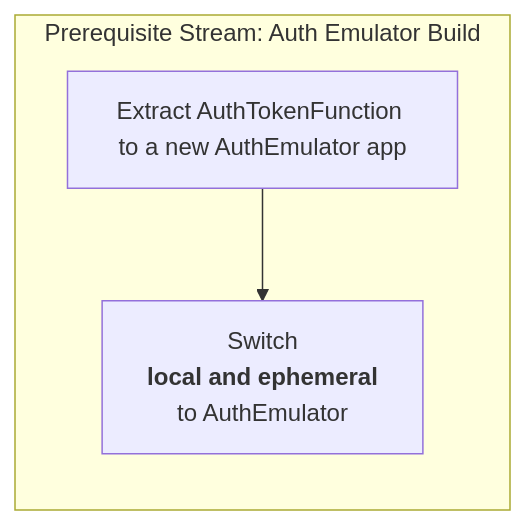
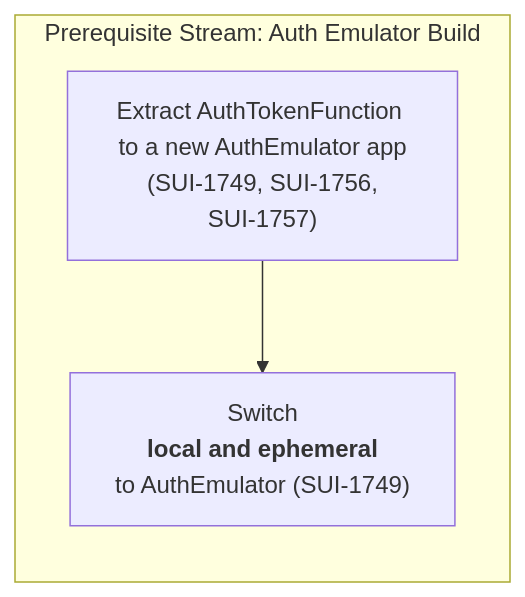
Before and after one commit to DFE-Digital/single-unique-identifier: the second of 3 diagrams in Docs/Design/Authentication/GenericAuthModel.md, drawn with Mermaid. The commit also changed other lines of this file, not shown here.

Commit message:
docs(AuthEvolution): SUI-1607 - Updates, ready for ticket creation

````diff
--- a/Docs/Design/Authentication/GenericAuthModel.md
+++ b/Docs/Design/Authentication/GenericAuthModel.md
@@ -147,13 +149,16 @@
 ```mermaid
 flowchart
     subgraph StreamClientIDs ["Prerequisite Stream: Auth Emulator Build"]
         direction TB
 
-        buildAuthEmulator["Extract AuthTokenFunction to a new AuthEmulator app"]
-        authEmulatorSwitchA["`Switch
+        buildAuthEmulator["`Extract AuthTokenFunction to a new AuthEmulator app
+            (SUI-1749, SUI-1756,
+            SUI-1757)`"]
+
+        authEmulatorSwitchLocal["`Switch
             **local and ephemeral**
-            to AuthEmulator`"]
+            to AuthEmulator (SUI-1749)`"]
 
-        buildAuthEmulator --> authEmulatorSwitchA
+        buildAuthEmulator --> authEmulatorSwitchLocal
     end
 ```
````
